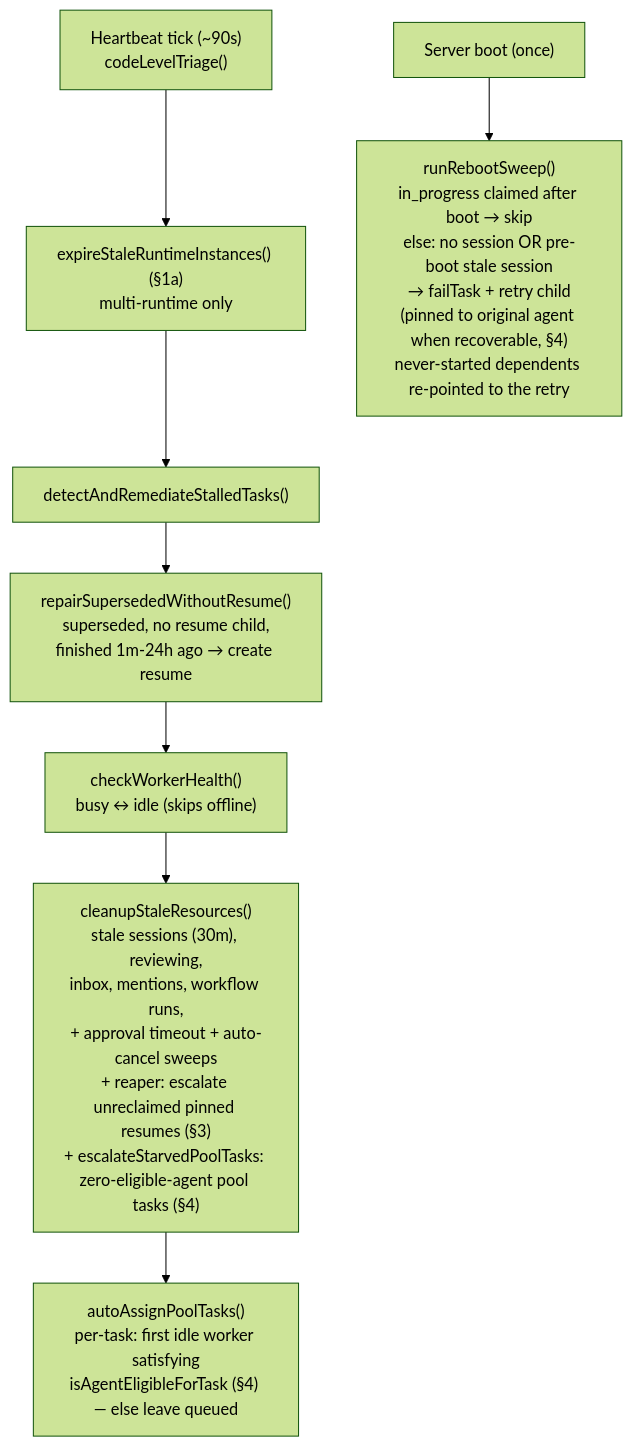
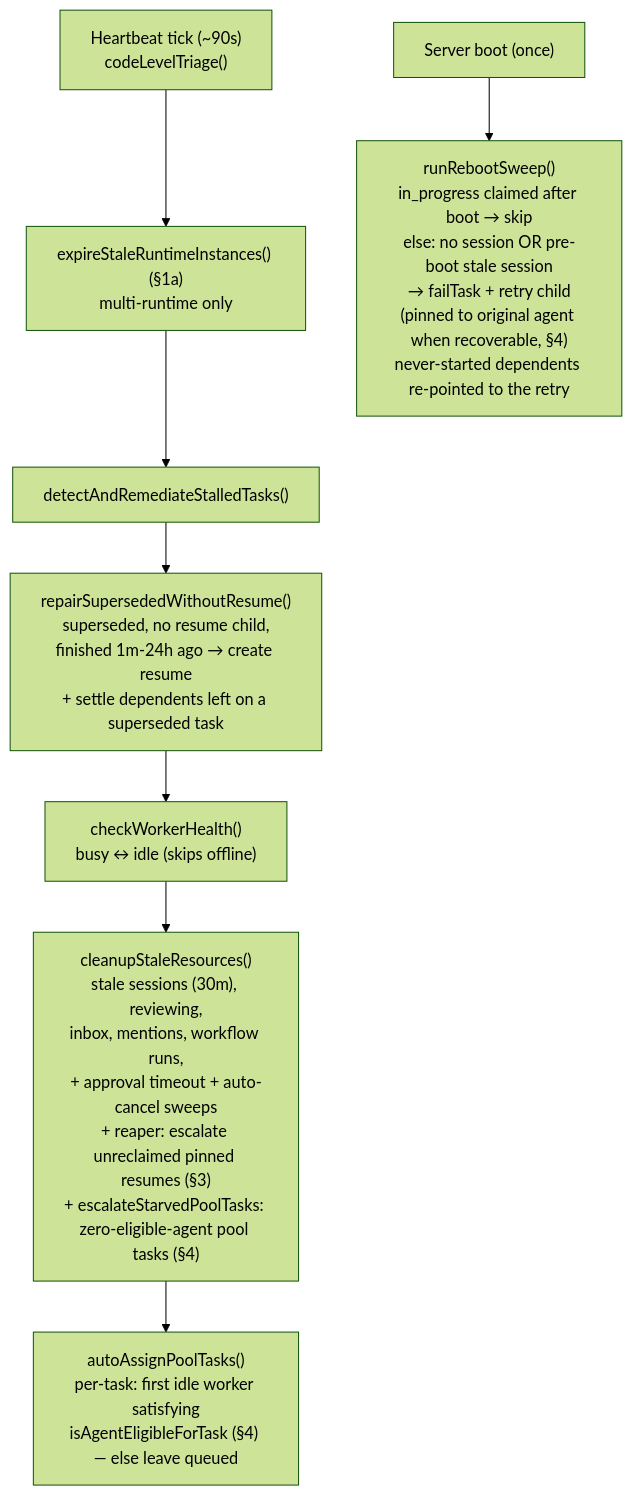
The first of 4 diagrams in runbooks/heartbeat-crash-recovery.md (desplega-ai/agent-swarm), drawn with Mermaid (forest theme) before and after one commit. The commit also changed other lines of this file and 9 other files, not shown here.

First line of the commit message:
fix(tasks): settle superseded dependents atomically and repair the backfill gap

````diff
--- a/runbooks/heartbeat-crash-recovery.md
+++ b/runbooks/heartbeat-crash-recovery.md
@@ -15,11 +15,11 @@
 ```mermaid
 flowchart TD
   tick["Heartbeat tick (~90s)<br/>codeLevelTriage()"] --> expire["expireStaleRuntimeInstances() (§1a)<br/>multi-runtime only"]
   expire --> detect["detectAndRemediateStalledTasks()"]
-  detect --> repair["repairSupersededWithoutResume()<br/>superseded, no resume child,<br/>finished 1m-24h ago → create resume"]
+  detect --> repair["repairSupersededWithoutResume()<br/>superseded, no resume child,<br/>finished 1m-24h ago → create resume<br/>+ settle dependents left on a superseded task"]
   repair --> health["checkWorkerHealth()<br/>busy ↔ idle (skips offline)"]
   health --> cleanup["cleanupStaleResources()<br/>stale sessions (30m), reviewing,<br/>inbox, mentions, workflow runs,<br/>+ approval timeout + auto-cancel sweeps<br/>+ reaper: escalate unreclaimed pinned resumes (§3)<br/>+ escalateStarvedPoolTasks: zero-eligible-agent pool tasks (§4)"]
   cleanup --> assign["autoAssignPoolTasks()<br/>per-task: first idle worker satisfying<br/>isAgentEligibleForTask (§4) — else leave queued"]
 
   boot["Server boot (once)"] --> reboot["runRebootSweep()<br/>in_progress claimed after boot → skip<br/>else: no session OR pre-boot stale session<br/>→ failTask + retry child<br/>(pinned to original agent when recoverable, §4)<br/>never-started dependents re-pointed to the retry"]
 ```
````
